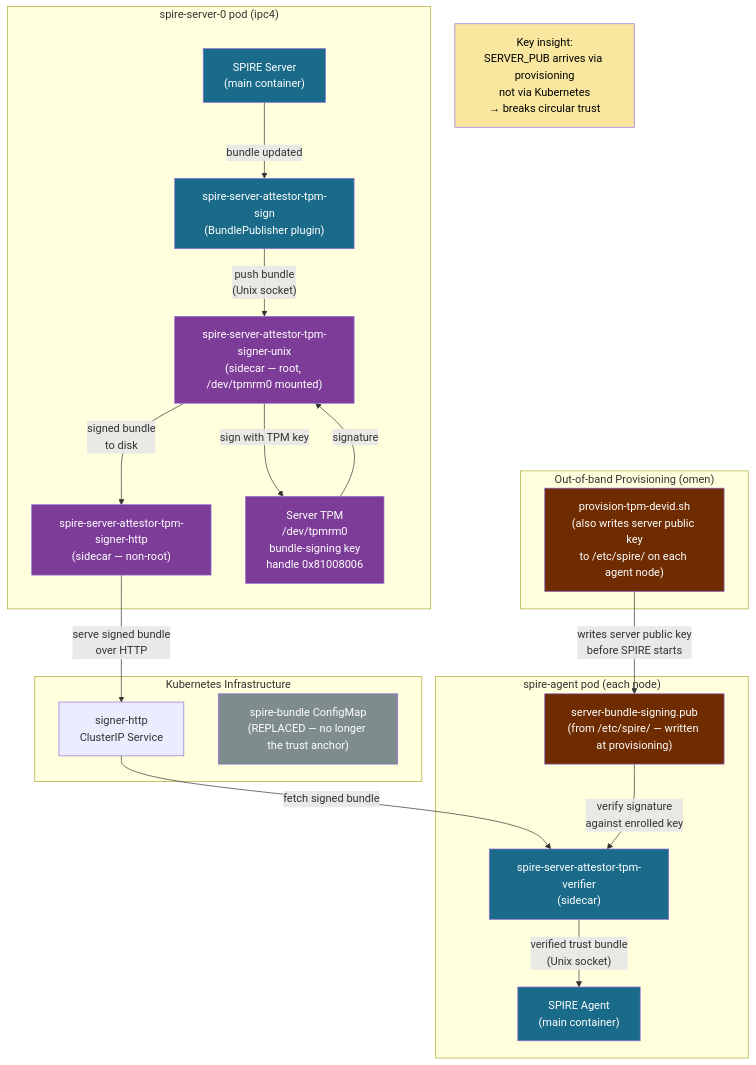
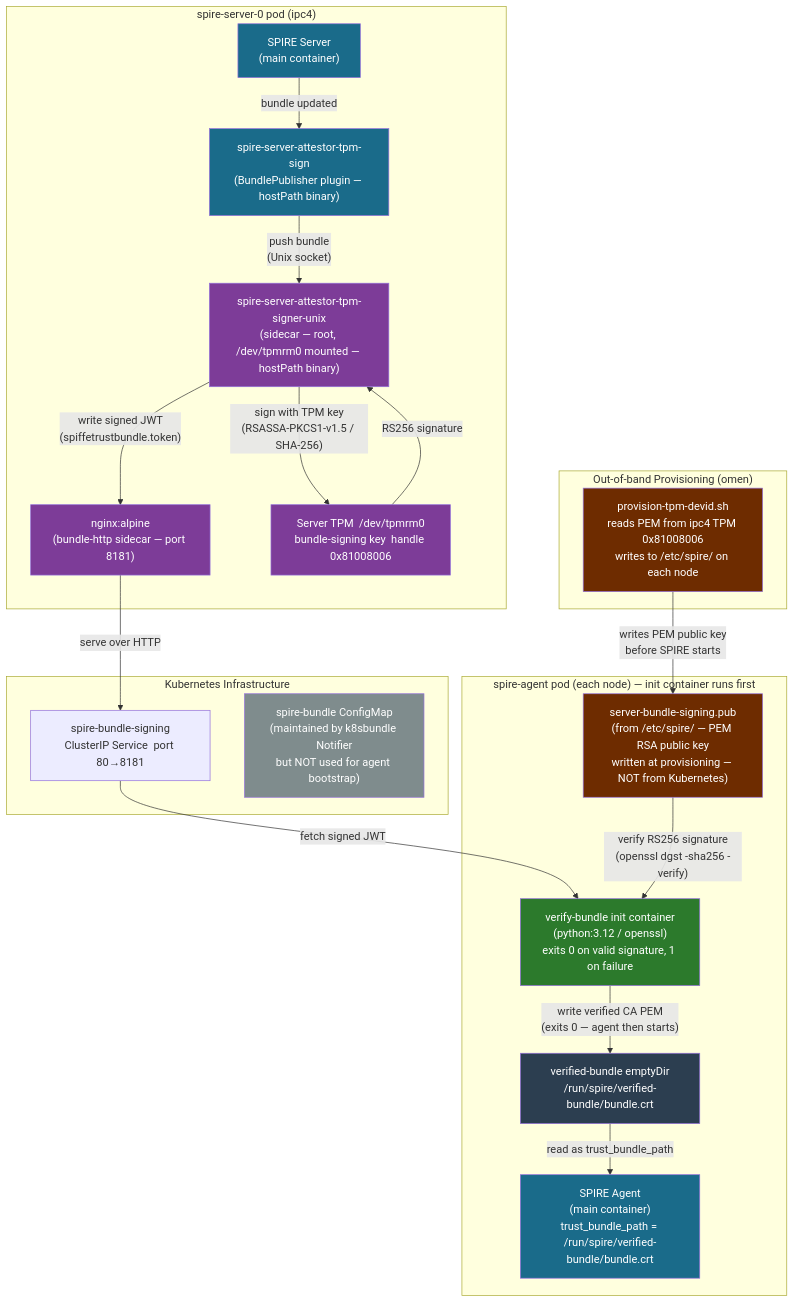
Before and after one commit to skeptomai/k3s-experiments: the diagram in docs/spire-server-bundle-signing.mmd, drawn with Mermaid. The commit also changed 5 other files, not shown here.

First line of the commit message:
docs(spire): update docs and diagrams to reflect actual implementation

```diff
--- a/docs/spire-server-bundle-signing.mmd
+++ b/docs/spire-server-bundle-signing.mmd
@@ -1,50 +1,50 @@
 flowchart TD
     subgraph server_pod["spire-server-0 pod  (ipc4)"]
         SS["SPIRE Server\n(main container)"]
-        SIGN["spire-server-attestor-tpm-sign\n(BundlePublisher plugin)"]
-        SIGNER["spire-server-attestor-tpm-signer-unix\n(sidecar — root, /dev/tpmrm0 mounted)"]
-        HTTP["spire-server-attestor-tpm-signer-http\n(sidecar — non-root)"]
-        TPM_SERVER["Server TPM\n/dev/tpmrm0\nbundle-signing key\nhandle 0x81008006"]
+        SIGN["spire-server-attestor-tpm-sign\n(BundlePublisher plugin — hostPath binary)"]
+        SIGNER["spire-server-attestor-tpm-signer-unix\n(sidecar — root, /dev/tpmrm0 mounted — hostPath binary)"]
+        HTTP["nginx:alpine\n(bundle-http sidecar — port 8181)"]
+        TPM_SERVER["Server TPM  /dev/tpmrm0\nbundle-signing key  handle 0x81008006"]
     end
 
     subgraph k8s_infra["Kubernetes Infrastructure"]
-        SVC["signer-http\nClusterIP Service"]
-        BUNDLE_CM["spire-bundle ConfigMap\n(REPLACED — no longer the trust anchor)"]
+        SVC["spire-bundle-signing\nClusterIP Service  port 80→8181"]
+        BUNDLE_CM["spire-bundle ConfigMap\n(maintained by k8sbundle Notifier\nbut NOT used for agent bootstrap)"]
     end
 
-    subgraph agent_pod["spire-agent pod  (each node)"]
-        VERIFIER["spire-server-attestor-tpm-verifier\n(sidecar)"]
-        SA["SPIRE Agent\n(main container)"]
-        SERVER_PUB["server-bundle-signing.pub\n(from /etc/spire/ — written at provisioning)"]
+    subgraph agent_pod["spire-agent pod  (each node)  — init container runs first"]
+        VERIFIER["verify-bundle init container\n(python:3.12 / openssl)\nexits 0 on valid signature, 1 on failure"]
+        SA["SPIRE Agent\n(main container)\ntrust_bundle_path = /run/spire/verified-bundle/bundle.crt"]
+        SERVER_PUB["server-bundle-signing.pub\n(from /etc/spire/ — PEM RSA public key\nwritten at provisioning — NOT from Kubernetes)"]
+        EBUNDLE["verified-bundle emptyDir\n/run/spire/verified-bundle/bundle.crt"]
     end
 
     subgraph provisioning["Out-of-band Provisioning  (omen)"]
-        PROV["provision-tpm-devid.sh\n(also writes server public key\nto /etc/spire/ on each agent node)"]
+        PROV["provision-tpm-devid.sh\nreads PEM from ipc4 TPM 0x81008006\nwrites to /etc/spire/ on each node"]
     end
 
     SS -->|"bundle updated"| SIGN
     SIGN -->|"push bundle\n(Unix socket)"| SIGNER
-    SIGNER -->|"sign with TPM key"| TPM_SERVER
-    TPM_SERVER -->|"signature"| SIGNER
-    SIGNER -->|"signed bundle\nto disk"| HTTP
-    HTTP -->|"serve signed bundle\nover HTTP"| SVC
+    SIGNER -->|"sign with TPM key\n(RSASSA-PKCS1-v1.5 / SHA-256)"| TPM_SERVER
+    TPM_SERVER -->|"RS256 signature"| SIGNER
+    SIGNER -->|"write signed JWT\n(spiffetrustbundle.token)"| HTTP
+    HTTP -->|"serve over HTTP"| SVC
 
-    SVC -->|"fetch signed bundle"| VERIFIER
-    SERVER_PUB -->|"verify signature\nagainst enrolled key"| VERIFIER
-    VERIFIER -->|"verified trust bundle\n(Unix socket)"| SA
+    SVC -->|"fetch signed JWT"| VERIFIER
+    SERVER_PUB -->|"verify RS256 signature\n(openssl dgst -sha256 -verify)"| VERIFIER
+    VERIFIER -->|"write verified CA PEM\n(exits 0 — agent then starts)"| EBUNDLE
+    EBUNDLE -->|"read as trust_bundle_path"| SA
 
-    PROV -->|"writes server public key\nbefore SPIRE starts"| SERVER_PUB
-
-    note1["Key insight:\nSERVER_PUB arrives via provisioning\nnot via Kubernetes\n→ breaks circular trust"]
+    PROV -->|"writes PEM public key\nbefore SPIRE starts"| SERVER_PUB
 
     style SS fill:#1a6b8a,color:#fff
     style SIGN fill:#1a6b8a,color:#fff
     style SIGNER fill:#7d3c98,color:#fff
     style HTTP fill:#7d3c98,color:#fff
     style TPM_SERVER fill:#7d3c98,color:#fff
-    style VERIFIER fill:#1a6b8a,color:#fff
+    style VERIFIER fill:#2c7a2c,color:#fff
     style SA fill:#1a6b8a,color:#fff
     style SERVER_PUB fill:#6e2c00,color:#fff
+    style EBUNDLE fill:#2c3e50,color:#fff
     style PROV fill:#6e2c00,color:#fff
     style BUNDLE_CM fill:#7f8c8d,color:#fff
-    style note1 fill:#f9e79f,color:#000
```
